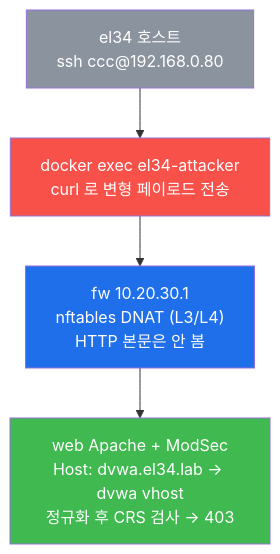
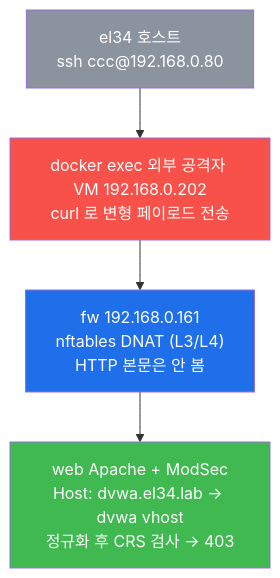
The second of 9 diagrams in contents/training/attack/lecture_week10.md (mrgrit/tw2), drawn with Mermaid before and after one commit. The commit also changed other lines of this file and 304 other files, not shown here.

````diff
--- a/contents/training/attack/lecture_week10.md
+++ b/contents/training/attack/lecture_week10.md
@@ -147,12 +147,12 @@
 ```mermaid
 graph TD
     A["el34 호스트<br/>ssh ccc@192.168.0.80"]
-    B["docker exec el34-attacker<br/>curl 로 변형 페이로드 전송"]
-    C["fw 10.20.30.1<br/>nftables DNAT (L3/L4)<br/>HTTP 본문은 안 봄"]
+    B["docker exec 외부 공격자 VM 192.168.0.202<br/>curl 로 변형 페이로드 전송"]
+    C["fw 192.168.0.161<br/>nftables DNAT (L3/L4)<br/>HTTP 본문은 안 봄"]
     D["web Apache + ModSec<br/>Host: dvwa.el34.lab → dvwa vhost<br/>정규화 후 CRS 검사 → 403"]
     A --> B --> C --> D
     style A fill:#8b949e,color:#fff
     style B fill:#f85149,color:#fff
     style C fill:#1f6feb,color:#fff
     style D fill:#3fb950,color:#fff
 ```
````
